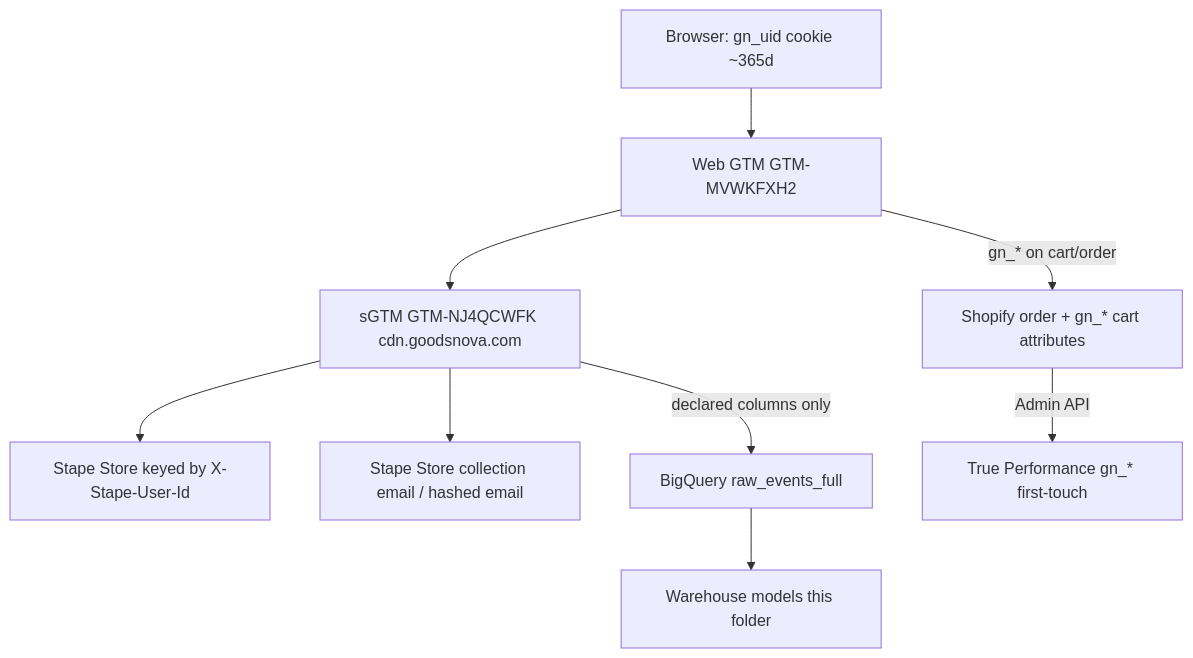
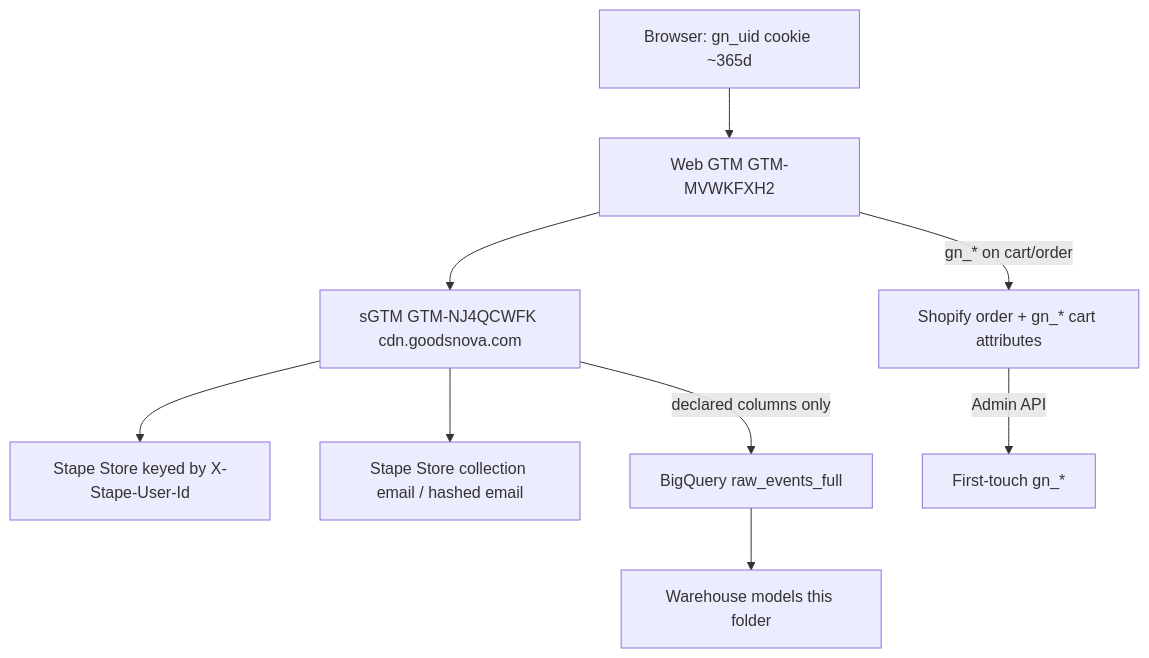
One commit to juliomfit/Stape-shopify-dashboard changed the diagram in bigquery/analytics/README.md. Above: the diagram before and after it, drawn with Mermaid. The commit also changed other lines of this file and 15 other files, not shown here.

First line of the commit message:
Rename leftover True Performance copy to First-touch.

````diff
--- a/bigquery/analytics/README.md
+++ b/bigquery/analytics/README.md
@@ -61,19 +61,19 @@
 ```mermaid
 flowchart TD
   browser["Browser: gn_uid cookie ~365d"]
   webGTM["Web GTM GTM-MVWKFXH2"]
   sGTM["sGTM GTM-NJ4QCWFK cdn.goodsnova.com"]
   store["Stape Store keyed by X-Stape-User-Id"]
   emailStore["Stape Store collection email / hashed email"]
   shopify["Shopify order + gn_* cart attributes"]
   bq["BigQuery raw_events_full"]
 
   browser --> webGTM
   webGTM -->|"gn_* on cart/order"| shopify
   webGTM --> sGTM
   sGTM --> store
   sGTM --> emailStore
   sGTM -->|"declared columns only"| bq
-  shopify -->|"Admin API"| dashboardShopify["True Performance gn_* first-touch"]
+  shopify -->|"Admin API"| dashboardShopify["First-touch gn_*"]
   bq --> warehouse["Warehouse models this folder"]
 ```
````
